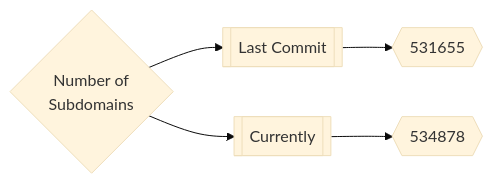
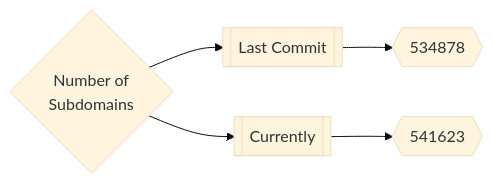
Before and after one commit to trickest/inventory: the first of 3 diagrams in README.md, drawn with Mermaid (base theme). The commit also changed other lines of this file and 97 other files, not shown here.

````diff
--- a/README.md
+++ b/README.md
@@ -165,5 +165,5 @@
 ```mermaid
 graph LR
-title{Number of<br>Subdomains} --> subdomainsDate1[[Last Commit]] --> subdomainsNum1{{531655}}
-title --> subdomainsDate2[[Currently]] --> subdomainsNum2{{534878}}
+title{Number of<br>Subdomains} --> subdomainsDate1[[Last Commit]] --> subdomainsNum1{{534878}}
+title --> subdomainsDate2[[Currently]] --> subdomainsNum2{{541623}}
 ```
````
